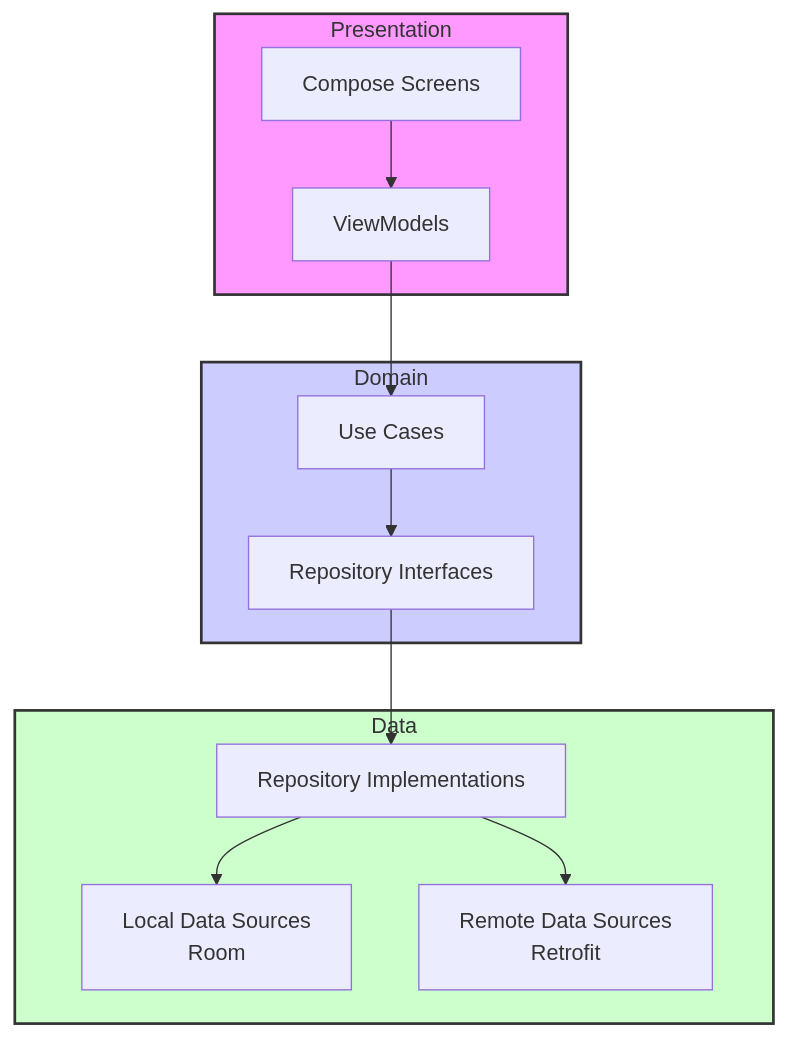
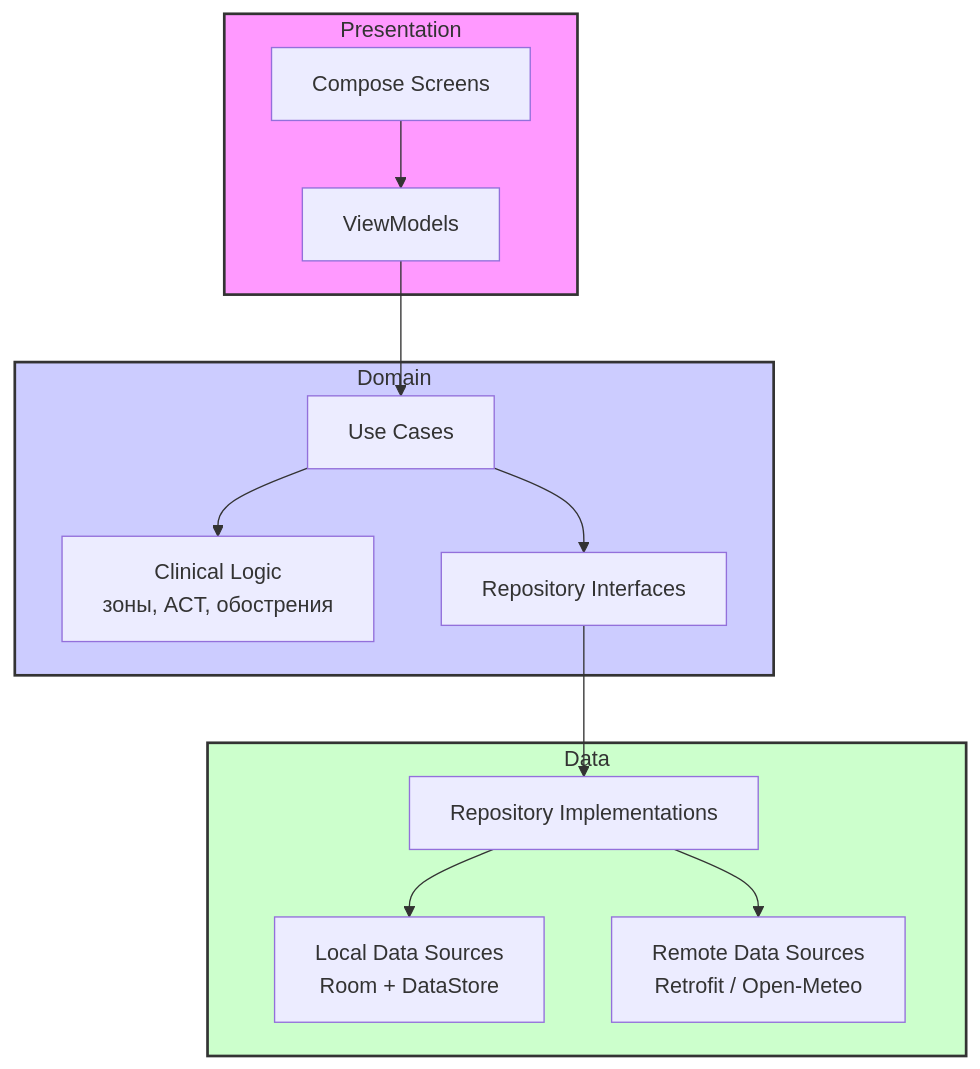
One commit to Zama47/asthma_helper changed the diagram in README.md. Above: the diagram before and after it, drawn with Mermaid. The commit also changed other lines of this file and 1 other file, not shown here.

````diff
--- a/README.md
+++ b/README.md
@@ -120,21 +176,22 @@
 ```mermaid
 graph TD
     subgraph Presentation
         UI[Compose Screens] --> VM[ViewModels]
     end
 
     subgraph Domain
         VM --> UC[Use Cases]
+        UC --> CL[Clinical Logic<br/>зоны, ACT, обострения]
         UC --> RI[Repository Interfaces]
     end
 
     subgraph Data
         RI --> RImp[Repository Implementations]
-        RImp --> Local[Local Data Sources<br/>Room]
-        RImp --> Remote[Remote Data Sources<br/>Retrofit]
+        RImp --> Local[Local Data Sources<br/>Room + DataStore]
+        RImp --> Remote[Remote Data Sources<br/>Retrofit / Open-Meteo]
     end
 
     style Presentation fill:#f9f,stroke:#333,stroke-width:2px
     style Domain fill:#ccf,stroke:#333,stroke-width:2px
     style Data fill:#cfc,stroke:#333,stroke-width:2px
 ```
````
